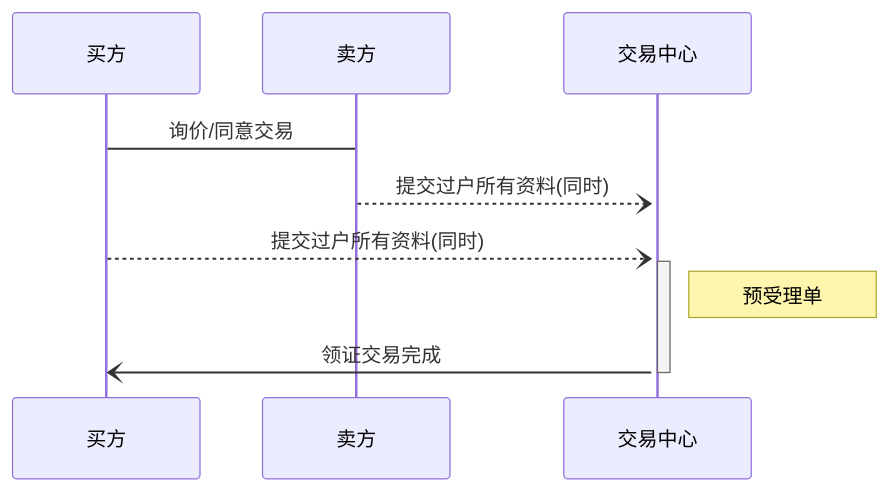
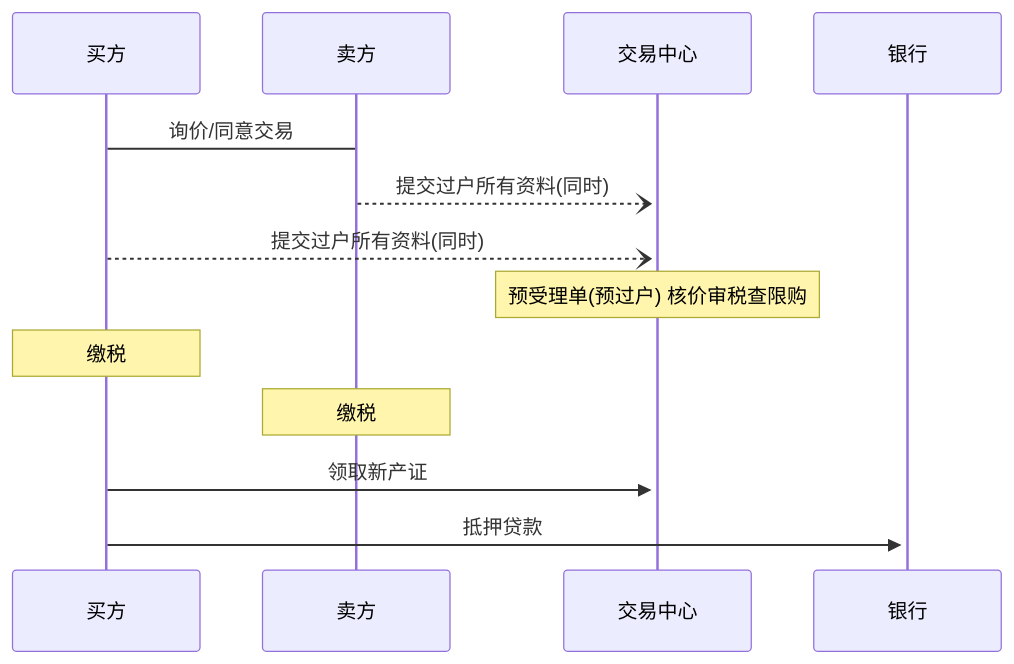
One commit to junxnone/F changed the second of 2 diagrams in docs/购房流程.md. Above: the diagram before and after it, drawn with Mermaid. The commit also changed other lines of this file, not shown here.

Commit message:
Add new comment

````diff
--- a/docs/购房流程.md
+++ b/docs/购房流程.md
@@ -42,8 +42,12 @@
 ```mermaid
 sequenceDiagram
     买方->卖方: 询价/同意交易
     卖方--)+交易中心: 提交过户所有资料(同时)
     买方--)+交易中心: 提交过户所有资料(同时)
-    Note right of 交易中心: 预受理单
-    交易中心-)-买方: 领证交易完成
+    Note over 交易中心: 预受理单(预过户) 核价审税查限购
+    Note over 买方: 缴税
+    Note over 卖方: 缴税
+    买方->>+交易中心:  领取新产证
+    买方->>+银行: 抵押贷款
+
 ```
````
